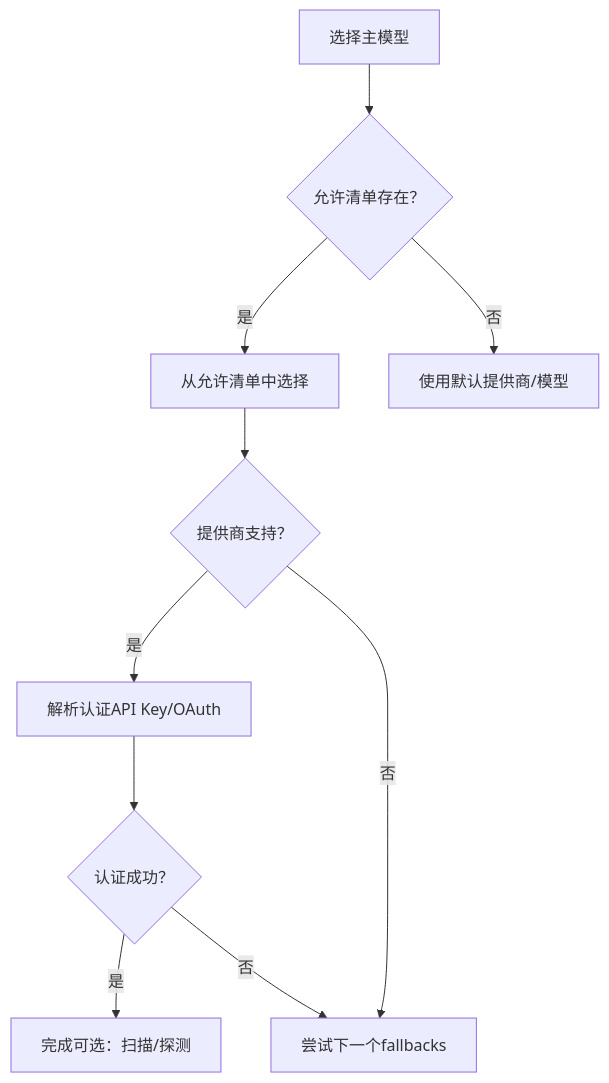
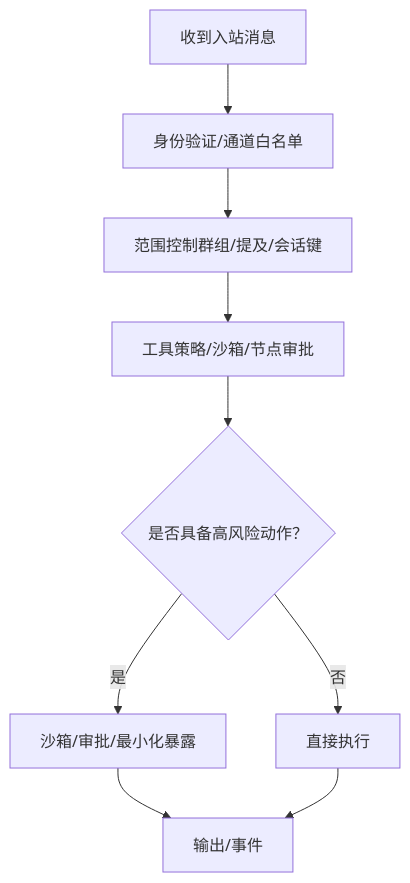
One commit to botx-work/OpenClaw-Internals changed the ninth of 10 diagrams in repowiki/zh/content/核心概念/核心概念.md. Above: the diagram before and after it, drawn with Mermaid. The commit also changed other lines of this file and 542 other files, not shown here.

````diff
--- a/repowiki/zh/content/核心概念/核心概念.md
+++ b/repowiki/zh/content/核心概念/核心概念.md
@@ -311,12 +334,11 @@
 ```mermaid
 flowchart TD
-P0["选择主模型"] --> P1{"允许清单存在？"}
-P1 --> |是| P2["从允许清单中选择"]
-P1 --> |否| P3["使用默认提供商/模型"]
-P2 --> P4{"提供商支持？"}
-P4 --> |是| P5["解析认证API Key/OAuth"]
-P4 --> |否| P6["尝试下一个fallbacks"]
-P5 --> P7{"认证成功？"}
-P7 --> |是| P8["完成可选：扫描/探测"]
-P7 --> |否| P6
+Start["收到入站消息"] --> Identity["身份验证/通道白名单"]
+Identity --> Scope["范围控制群组/提及/会话键"]
+Scope --> Policy["工具策略/沙箱/节点审批"]
+Policy --> Risk{"是否具备高风险动作？"}
+Risk --> |是| Sand["沙箱/审批/最小化暴露"]
+Risk --> |否| Safe["直接执行"]
+Sand --> Done["输出/事件"]
+Safe --> Done
 ```
````
